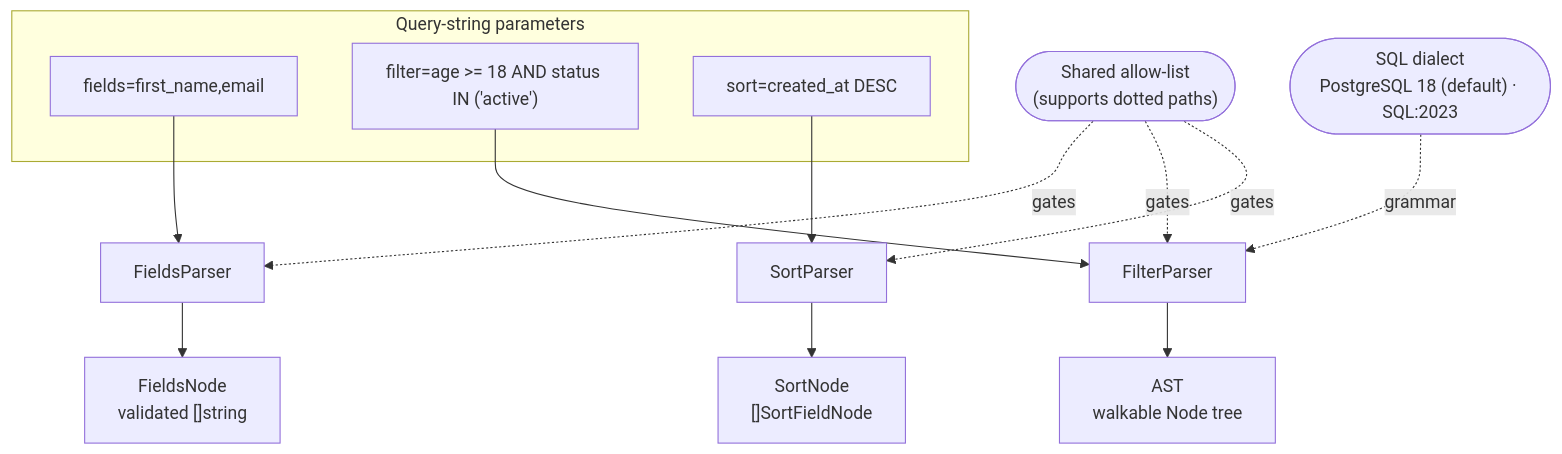
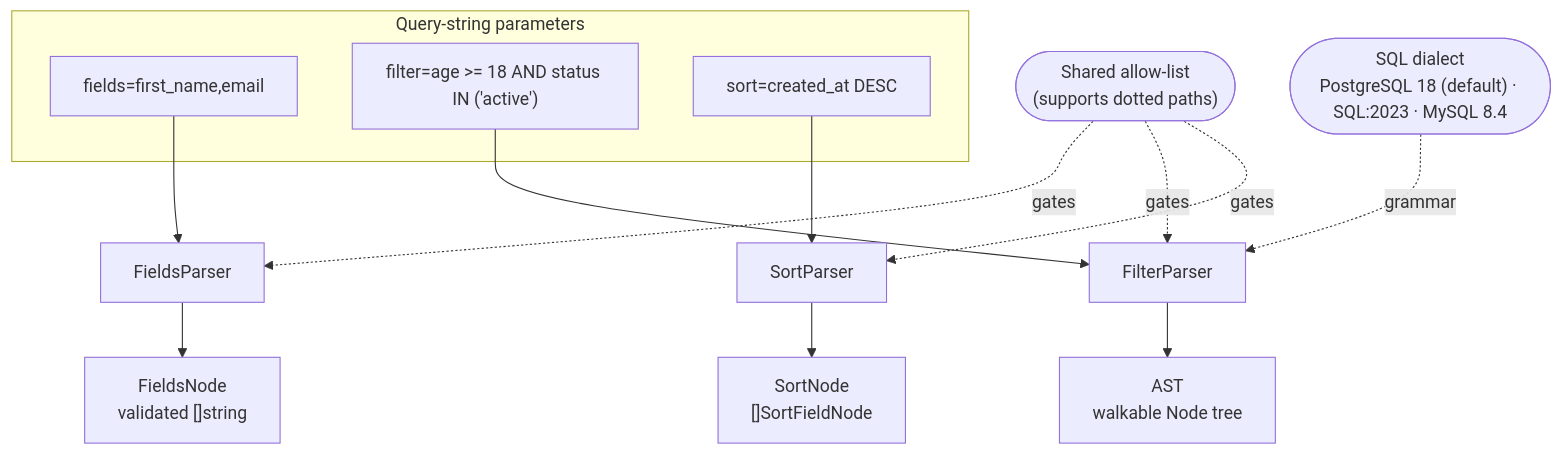
One commit to slashdevops/qfv changed the diagram in docs/README.md. Above: the diagram before and after it, drawn with Mermaid. The commit also changed other lines of this file and 14 other files, not shown here.

````diff
--- a/docs/README.md
+++ b/docs/README.md
@@ -7,24 +7,24 @@
 ```mermaid
 flowchart TB
     subgraph inputs["Query-string parameters"]
         fq["fields=first_name,email"]
         flq["filter=age >= 18 AND status IN ('active')"]
         sq["sort=created_at DESC"]
     end
 
     fq --> FieldsParser
     flq --> FilterParser
     sq --> SortParser
 
     FieldsParser --> FN["FieldsNode<br/>validated []string"]
     FilterParser --> AST["AST<br/>walkable Node tree"]
     SortParser --> SN["SortNode<br/>[]SortFieldNode"]
 
     allow(["Shared allow-list<br/>(supports dotted paths)"])
     allow -. gates .-> FieldsParser
     allow -. gates .-> FilterParser
     allow -. gates .-> SortParser
 
-    dialect(["SQL dialect<br/>PostgreSQL 18 (default) · SQL:2023"])
+    dialect(["SQL dialect<br/>PostgreSQL 18 (default) · SQL:2023 · MySQL 8.4"])
     dialect -. grammar .-> FilterParser
 ```
````
